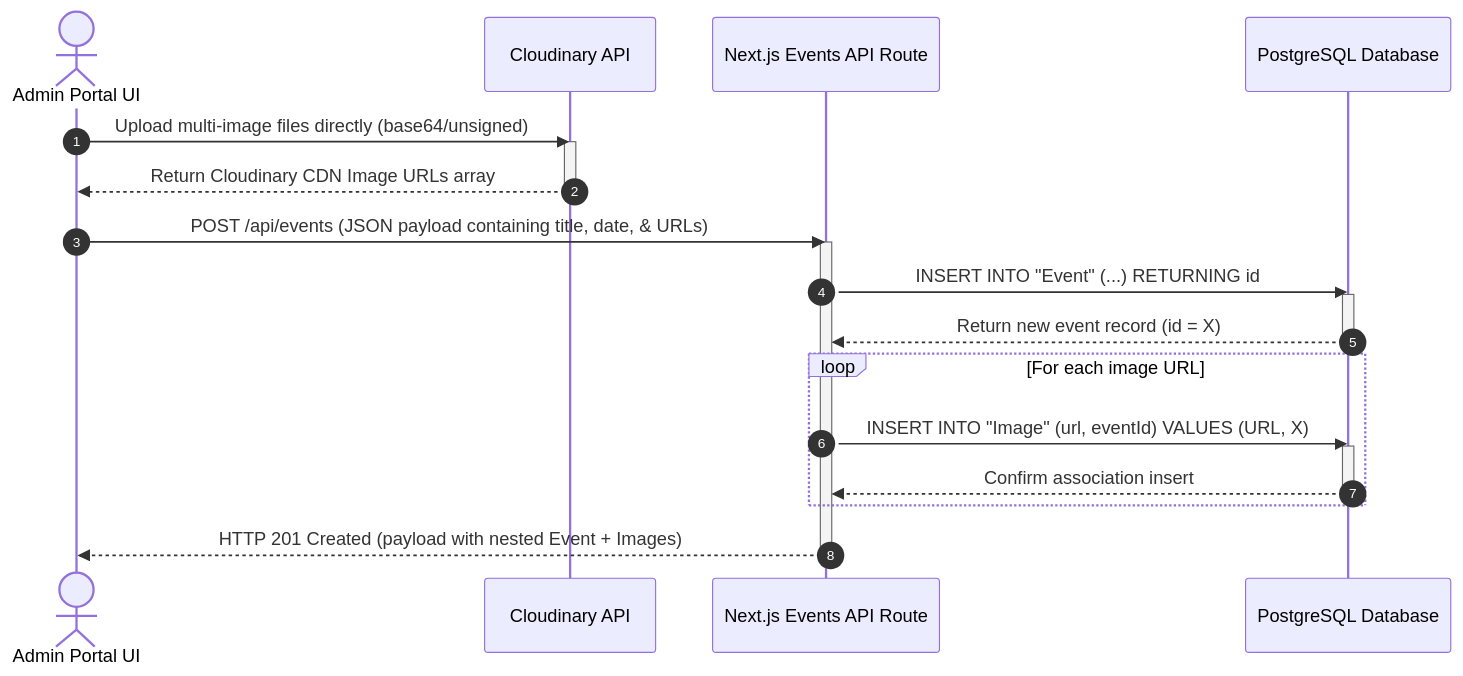
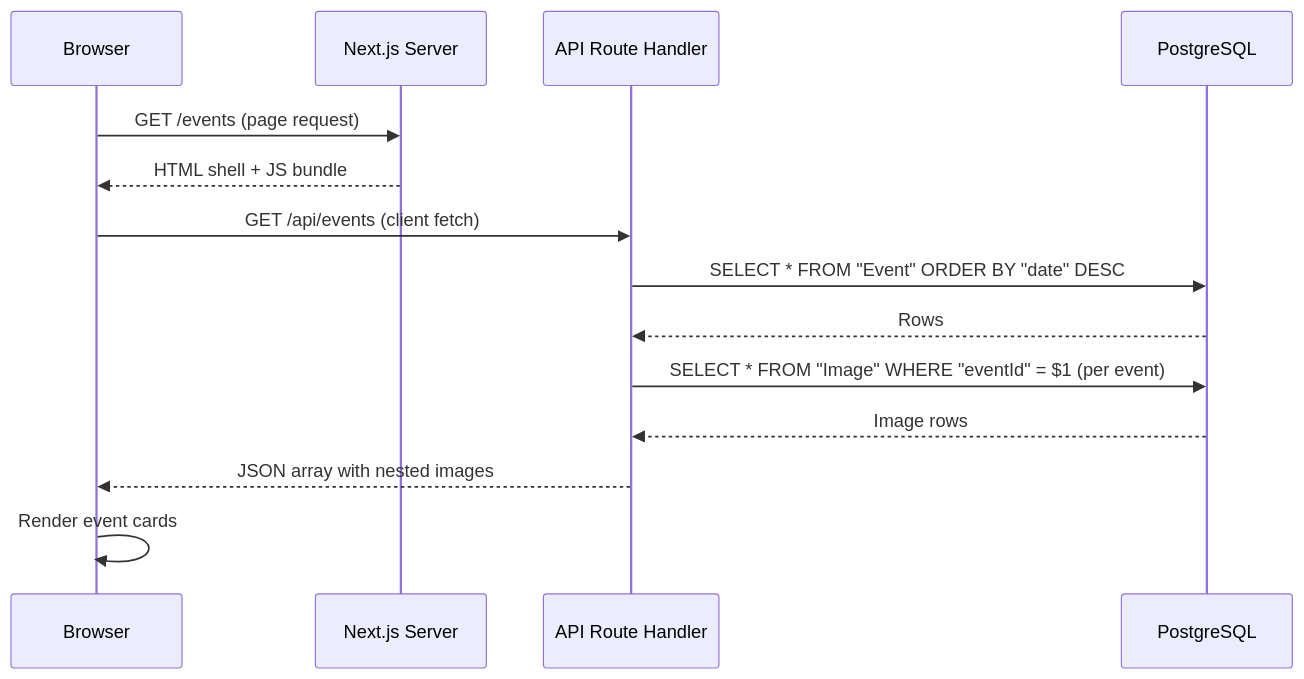
The third of 8 diagrams in README.md (Abubakkar-Khan/css_iiui), drawn with Mermaid before and after one commit. The commit also changed other lines of this file and 7 other files, not shown here.

````diff
--- a/README.md
+++ b/README.md
@@ -128,30 +206,17 @@
 ```mermaid
 sequenceDiagram
-    autonumber
-    actor Admin as Admin Portal UI
-    participant Cloudinary as Cloudinary API
-    participant API as Next.js Events API Route
-    participant DB as PostgreSQL Database
+    participant B as Browser
+    participant N as Next.js Server
+    participant API as API Route Handler
+    participant DB as PostgreSQL
 
-    Admin->>Cloudinary: Upload multi-image files directly (base64/unsigned)
-    activate Cloudinary
-    Cloudinary-->>Admin: Return Cloudinary CDN Image URLs array
-    deactivate Cloudinary
-
-    Admin->>API: POST /api/events (JSON payload containing title, date, & URLs)
-    activate API
-    API->>DB: INSERT INTO "Event" (...) RETURNING id
-    activate DB
-    DB-->>API: Return new event record (id = X)
-    deactivate DB
-
-    loop For each image URL
-        API->>DB: INSERT INTO "Image" (url, eventId) VALUES (URL, X)
-        activate DB
-        DB-->>API: Confirm association insert
-        deactivate DB
-    end
-
-    API-->>Admin: HTTP 201 Created (payload with nested Event + Images)
-    deactivate API
+    B->>N: GET /events (page request)
+    N-->>B: HTML shell + JS bundle
+    B->>API: GET /api/events (client fetch)
+    API->>DB: SELECT * FROM "Event" ORDER BY "date" DESC
+    DB-->>API: Rows
+    API->>DB: SELECT * FROM "Image" WHERE "eventId" = $1 (per event)
+    DB-->>API: Image rows
+    API-->>B: JSON array with nested images
+    B->>B: Render event cards
 ```
````
